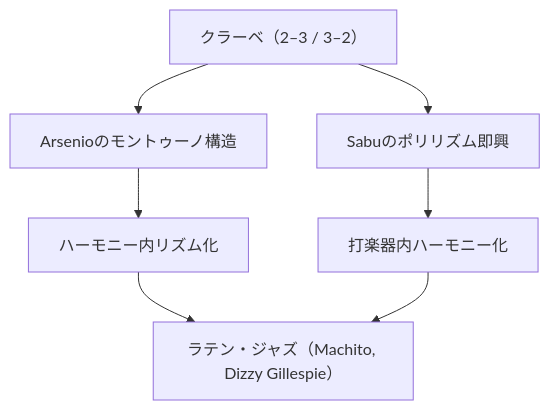
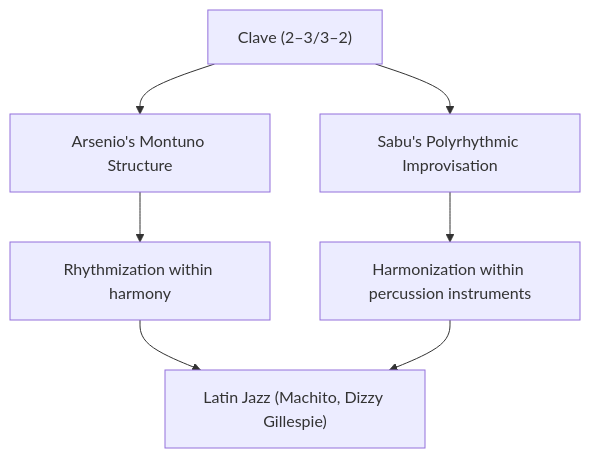
The first of 2 diagrams in en/_posts/2025-10-30-column-sabu-martinez-arsenio-rodriguez.md (monumental-movement/monumental-movement.github.io), drawn with Mermaid before and after one commit. The commit also changed other lines of this file and 152 other files, not shown here.

```diff
--- a/en/_posts/2025-10-30-column-sabu-martinez-arsenio-rodriguez.md
+++ b/en/_posts/2025-10-30-column-sabu-martinez-arsenio-rodriguez.md
@@ -134,11 +134,11 @@
 <div class="mermaid">
 
 flowchart TD
-    A["クラーベ（2–3 / 3–2）"] --> B["Arsenioのモントゥーノ構造"]
-    A --> C["Sabuのポリリズム即興"]
-    B --> D["ハーモニー内リズム化"]
-    C --> E["打楽器内ハーモニー化"]
-    D --> F["ラテン・ジャズ（Machito, Dizzy Gillespie）"]
+    A["Clave (2–3/3–2)"] --> B["Arsenio's Montuno Structure"]
+    A --> C["Sabu's Polyrhythmic Improvisation"]
+    B --> D["Rhythmization within harmony"]
+    C --> E["Harmonization within percussion instruments"]
+    D --> F["Latin Jazz (Machito, Dizzy Gillespie)"]
     E --> F
 
 </div>
```
